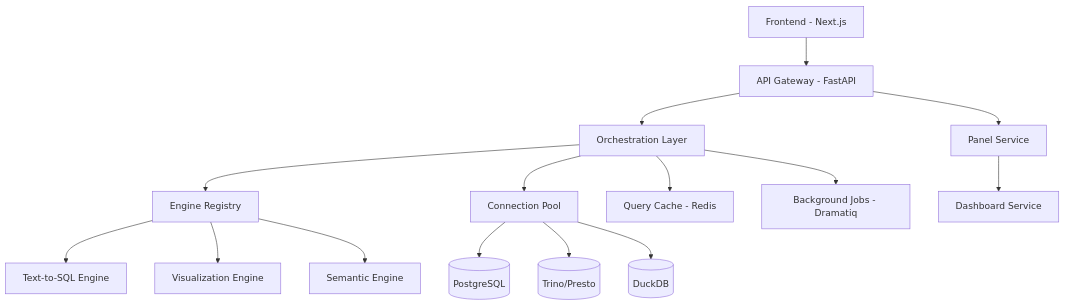
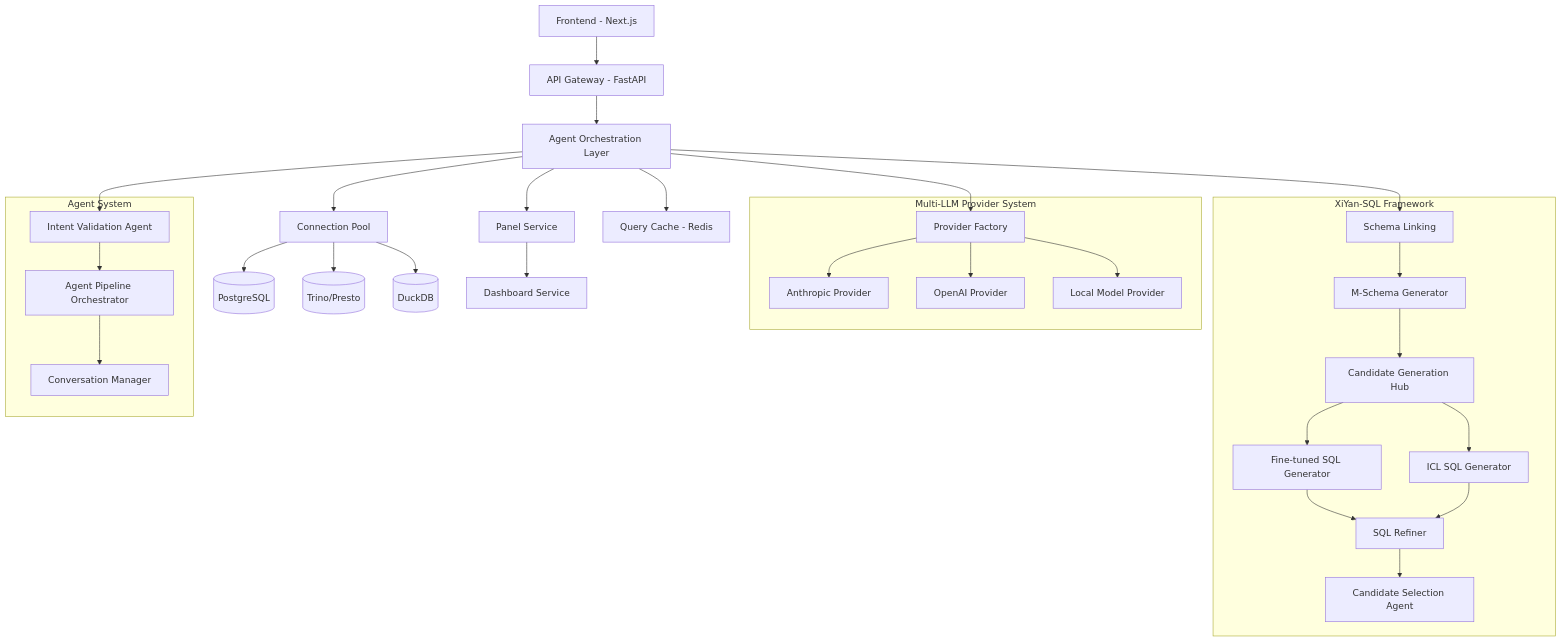
Before and after one commit to anhhoangdev/kurobe: the diagram in memory-bank/systemPatterns.md, drawn with Mermaid. The commit also changed other lines of this file and 4 other files, not shown here.

````diff
--- a/memory-bank/systemPatterns.md
+++ b/memory-bank/systemPatterns.md
@@ -5,17 +5,53 @@
 ```mermaid
 graph TD
     A[Frontend - Next.js] --> B[API Gateway - FastAPI]
-    B --> C[Orchestration Layer]
-    C --> D[Engine Registry]
-    D --> E[Text-to-SQL Engine]
-    D --> F[Visualization Engine]
-    D --> G[Semantic Engine]
-    C --> H[Connection Pool]
-    H --> I[(PostgreSQL)]
-    H --> J[(Trino/Presto)]
-    H --> K[(DuckDB)]
-    B --> L[Panel Service]
-    L --> M[Dashboard Service]
-    C --> N[Query Cache - Redis]
-    C --> O[Background Jobs - Dramatiq]
+    B --> C[Agent Orchestration Layer]
+    
+    subgraph "Multi-LLM Provider System"
+        D[Provider Factory]
+        E[Anthropic Provider]
+        F[OpenAI Provider]
+        G[Local Model Provider]
+    end
+    
+    subgraph "XiYan-SQL Framework"
+        H[Schema Linking]
+        I[M-Schema Generator]
+        J[Candidate Generation Hub]
+        K[Fine-tuned SQL Generator]
+        L[ICL SQL Generator]
+        M[SQL Refiner]
+        N[Candidate Selection Agent]
+    end
+    
+    subgraph "Agent System"
+        O[Intent Validation Agent]
+        P[Agent Pipeline Orchestrator]
+        Q[Conversation Manager]
+    end
+    
+    C --> D
+    C --> H
+    C --> O
+    D --> E
+    D --> F
+    D --> G
+    H --> I
+    I --> J
+    J --> K
+    J --> L
+    K --> M
+    L --> M
+    M --> N
+    O --> P
+    P --> Q
+    
+    C --> R[Connection Pool]
+    R --> S[(PostgreSQL)]
+    R --> T[(Trino/Presto)]
+    R --> U[(DuckDB)]
+    
+    C --> V[Panel Service]
+    V --> W[Dashboard Service]
+    C --> X[Query Cache - Redis]
 ```
````
